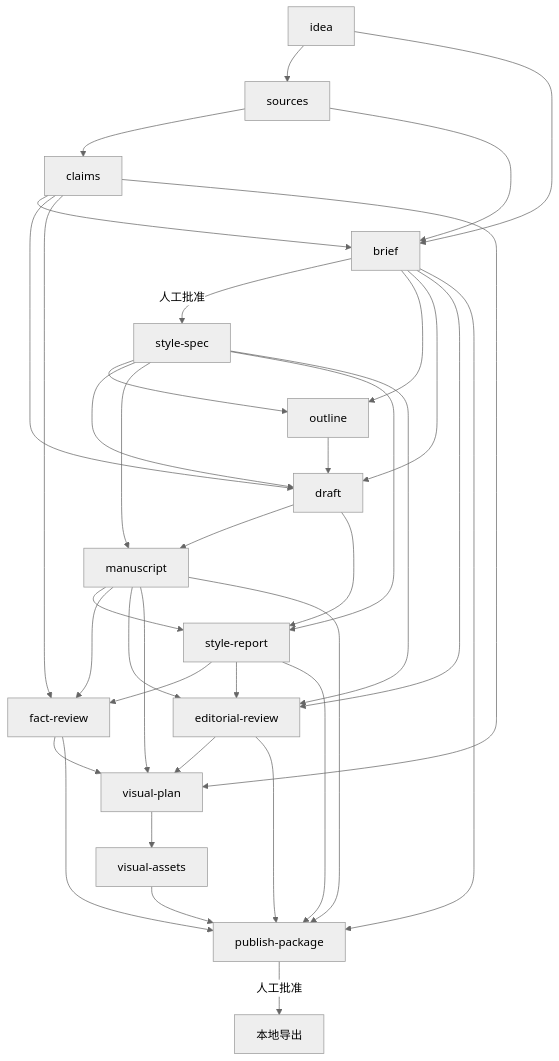
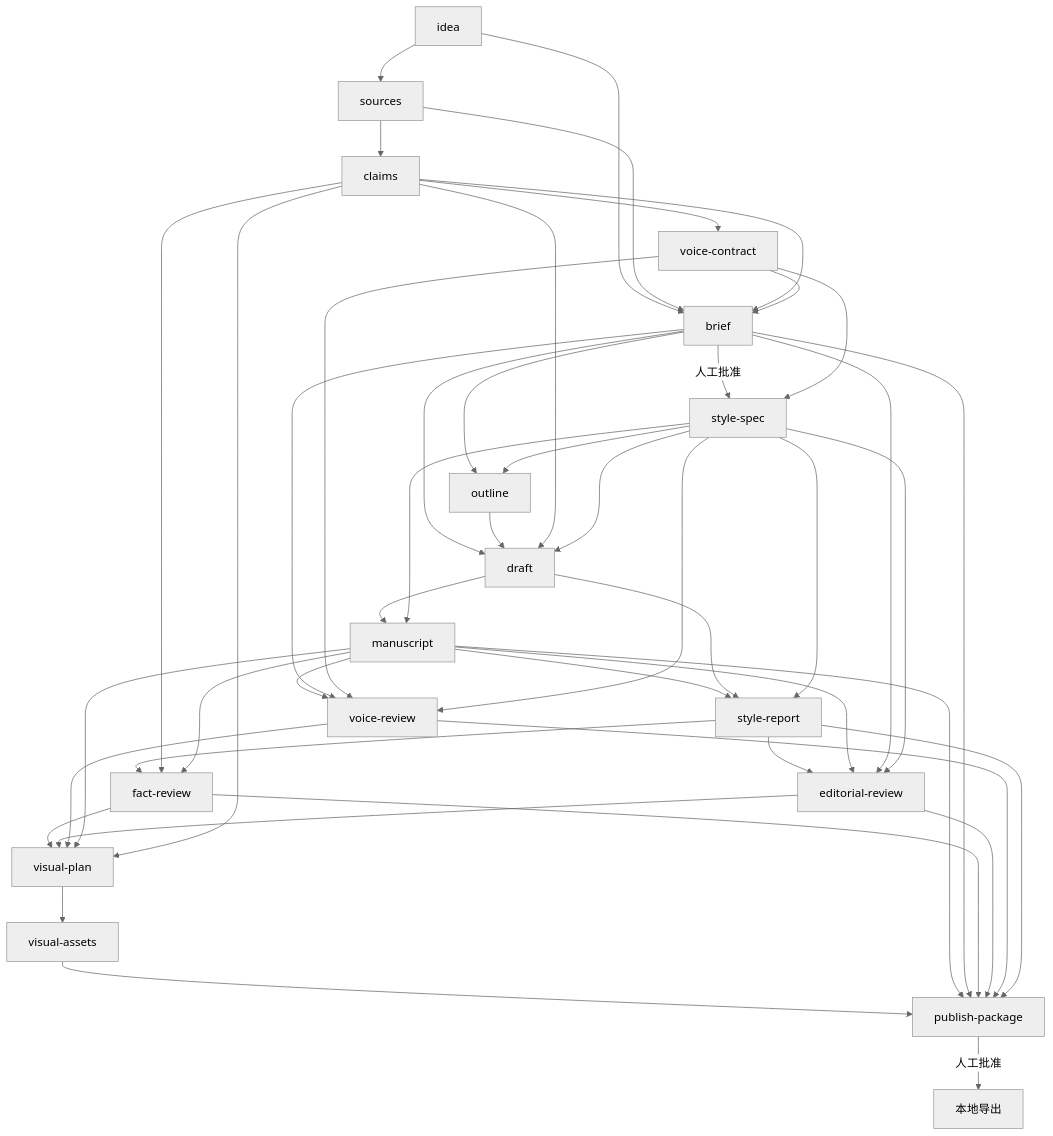
The diagram in docs/architecture.md (chengkj99/content-harness), drawn with Mermaid (neutral theme) before and after one commit. The commit also changed other lines of this file and 48 other files, not shown here.

````diff
--- a/docs/architecture.md
+++ b/docs/architecture.md
@@ -7,38 +7,47 @@
 ```mermaid
 flowchart TD
   idea --> sources --> claims
+  claims --> voice[voice-contract]
   idea --> brief
   sources --> brief
   claims --> brief
+  voice --> brief
   brief -->|人工批准| style_spec["style-spec"]
+  voice --> style_spec
   brief --> outline
   style_spec --> outline
   brief --> draft
   outline --> draft
   claims --> draft
   style_spec --> draft
   draft --> manuscript
   style_spec --> manuscript
   manuscript --> report[style-report]
   draft --> report
   style_spec --> report
   report --> facts[fact-review]
   report --> edit[editorial-review]
   claims --> facts
   manuscript --> facts
   manuscript --> edit
   brief --> edit
   style_spec --> edit
+  manuscript --> voice_review[voice-review]
+  brief --> voice_review
+  voice --> voice_review
+  style_spec --> voice_review
   facts --> visual[visual-plan]
   edit --> visual
+  voice_review --> visual
   manuscript --> visual
   claims --> visual
   visual --> assets[visual-assets]
   assets --> package[publish-package]
   manuscript --> package
   brief --> package
   facts --> package
   edit --> package
+  voice_review --> package
   report --> package
   package -->|人工批准| export[本地导出]
 ```
````
